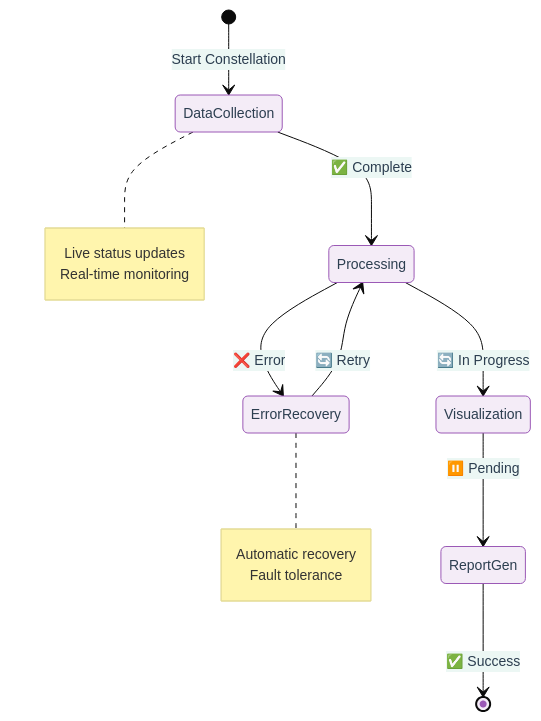
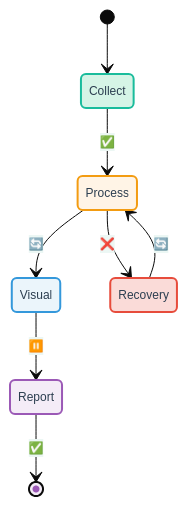
Before and after one commit to microsoft/UFO: the fourth of 4 diagrams in README.md, drawn with Mermaid. The commit also changed other lines of this file, not shown here.

````diff
--- a/README.md
+++ b/README.md
@@ -257,22 +262,18 @@
 ```mermaid
-%%{init: {'theme':'base', 'themeVariables': {'primaryColor':'#F4ECF7','primaryTextColor':'#2C3E50','primaryBorderColor':'#9B59B6','fontSize':'14px','fontFamily':'Segoe UI'}}}%%
+%%{init: {'theme':'base', 'themeVariables': {'primaryColor':'#F4ECF7','primaryTextColor':'#2C3E50','primaryBorderColor':'#9B59B6','fontSize':'12px'}}}%%
 stateDiagram-v2
-    [*] --> DataCollection: Start Constellation
-    DataCollection --> Processing: ✅ Complete
-    Processing --> Visualization: 🔄 In Progress
-    Visualization --> ReportGen: ⏸️ Pending
-    ReportGen --> [*]: ✅ Success
+    [*] --> Collect
+    Collect --> Process: ✅
+    Process --> Visual: 🔄
+    Visual --> Report: ⏸️
+    Report --> [*]: ✅
     
-    Processing --> ErrorRecovery: ❌ Error
-    ErrorRecovery --> Processing: 🔄 Retry
+    Process --> Recovery: ❌
+    Recovery --> Process: 🔄
     
-    note right of DataCollection
-        Live status updates
-        Real-time monitoring
-    end note
-    
-    note right of ErrorRecovery
-        Automatic recovery
-        Fault tolerance
-    end note
+    style Collect fill:#D5F4E6,stroke:#1ABC9C,stroke-width:2px
+    style Process fill:#FFF4E6,stroke:#F39C12,stroke-width:2px
+    style Visual fill:#EBF5FB,stroke:#3498DB,stroke-width:2px
+    style Report fill:#F4ECF7,stroke:#9B59B6,stroke-width:2px
+    style Recovery fill:#FADBD8,stroke:#E74C3C,stroke-width:2px
 ```
````
